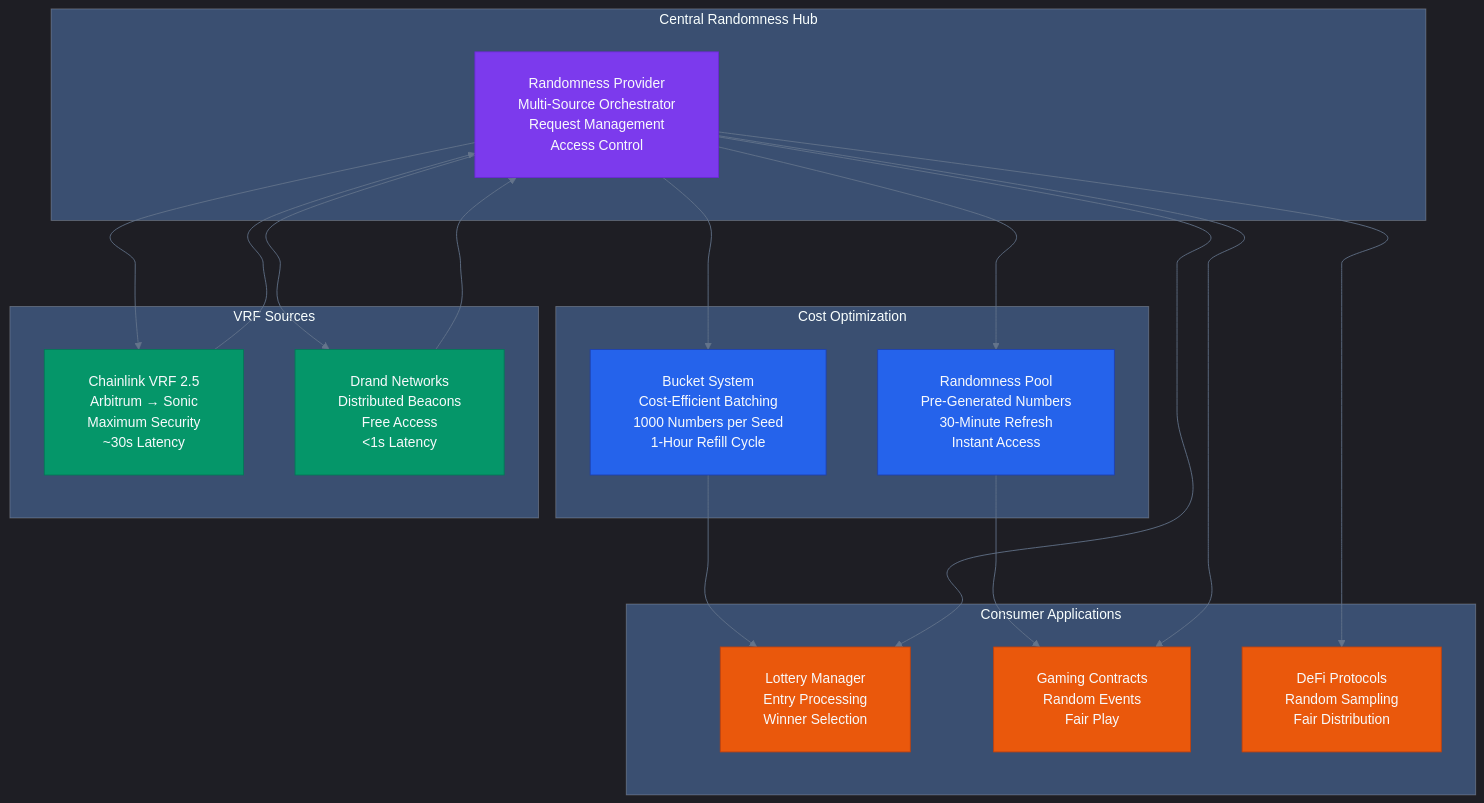
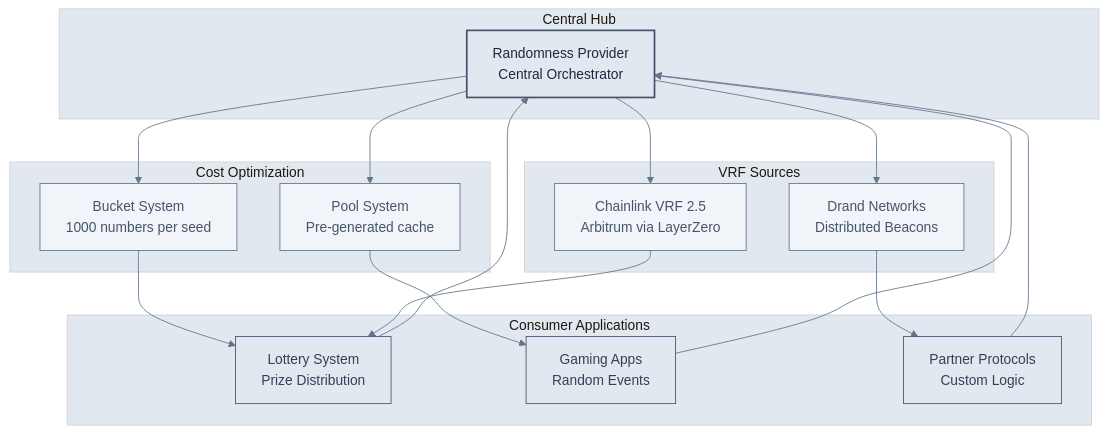
Before and after one commit to wenakita/sonicreddragon-docs: the first of 7 diagrams in docs/contracts/randomness/overview.md, drawn with Mermaid. The commit also changed other lines of this file and 3 other files, not shown here.

````diff
--- a/docs/contracts/randomness/overview.md
+++ b/docs/contracts/randomness/overview.md
@@ -15,67 +15,59 @@
 ```mermaid
 %%{init: {
-  'theme': 'dark',
+  'theme': 'base',
   'themeVariables': {
-    'primaryColor': '#7c3aed',
-    'primaryTextColor': '#f8fafc',
-    'primaryBorderColor': '#6d28d9',
+    'primaryColor': '#f8fafc',
+    'primaryTextColor': '#334155',
+    'primaryBorderColor': '#64748b',
     'lineColor': '#64748b',
-    'secondaryColor': '#1e293b',
-    'tertiaryColor': '#0f172a',
-    'background': '#0f172a',
-    'mainBkg': '#1e293b',
-    'secondBkg': '#334155',
-    'tertiaryBkg': '#475569'
-  },
-  'flowchart': {
-    'curve': 'cardinal',
-    'nodeSpacing': 60,
-    'rankSpacing': 100,
-    'padding': 25
+    'secondaryColor': '#f1f5f9',
+    'tertiaryColor': '#e2e8f0'
   }
 }}%%
+
 graph TB
-    subgraph "Central Randomness Hub"
-        RP["Randomness Provider<br/>Multi-Source Orchestrator<br/>Request Management<br/>Access Control"]
+    subgraph "Central Hub"
+        RP[Randomness Provider<br/>Central Orchestrator]
     end
     
     subgraph "Cost Optimization"
-        BS["Bucket System<br/>Cost-Efficient Batching<br/>1000 Numbers per Seed<br/>1-Hour Refill Cycle"]
-        PS["Randomness Pool<br/>Pre-Generated Numbers<br/>30-Minute Refresh<br/>Instant Access"]
+        BS[Bucket System<br/>1000 numbers per seed]
+        PS[Pool System<br/>Pre-generated cache]
     end
     
     subgraph "VRF Sources"
-        CL["Chainlink VRF 2.5<br/>Arbitrum → Sonic<br/>Maximum Security<br/>~30s Latency"]
-        DR["Drand Networks<br/>Distributed Beacons<br/>Free Access<br/>&lt;1s Latency"]
+        CL[Chainlink VRF 2.5<br/>Arbitrum via LayerZero]
+        DR[Drand Networks<br/>Distributed Beacons]
     end
     
     subgraph "Consumer Applications"
-        LM["Lottery Manager<br/>Entry Processing<br/>Winner Selection"]
-        GA["Gaming Contracts<br/>Random Events<br/>Fair Play"]
-        DF["DeFi Protocols<br/>Random Sampling<br/>Fair Distribution"]
+        LT[Lottery System<br/>Prize Distribution]
+        GM[Gaming Apps<br/>Random Events]
+        PR[Partner Protocols<br/>Custom Logic]
     end
     
     RP --> BS
     RP --> PS
     RP --> CL
     RP --> DR
     
-    BS --> LM
-    PS --> GA
-    CL --> RP
-    DR --> RP
+    BS --> LT
+    PS --> GM
+    CL --> LT
+    DR --> PR
     
-    RP --> LM
-    RP --> GA
-    RP --> DF
-    
-    classDef central fill:#7c3aed,stroke:#6d28d9,color:#f8fafc
-    classDef optimization fill:#2563eb,stroke:#1e40af,color:#f8fafc
-    classDef vrf fill:#059669,stroke:#047857,color:#f8fafc
-    classDef consumer fill:#ea580c,stroke:#c2410c,color:#f8fafc
+    LT --> RP
+    GM --> RP
+    PR --> RP
+
+    classDef default fill:#f8fafc,stroke:#64748b,stroke-width:2px,color:#334155
+    classDef central fill:#e2e8f0,stroke:#475569,stroke-width:2px,color:#1e293b
+    classDef optimization fill:#f1f5f9,stroke:#64748b,stroke-width:1px,color:#475569
+    classDef vrf fill:#f1f5f9,stroke:#64748b,stroke-width:1px,color:#475569
+    classDef consumer fill:#e2e8f0,stroke:#475569,stroke-width:1px,color:#334155
     
     class RP central
     class BS,PS optimization
     class CL,DR vrf
-    class LM,GA,DF consumer
+    class LT,GM,PR consumer
 ```
````
